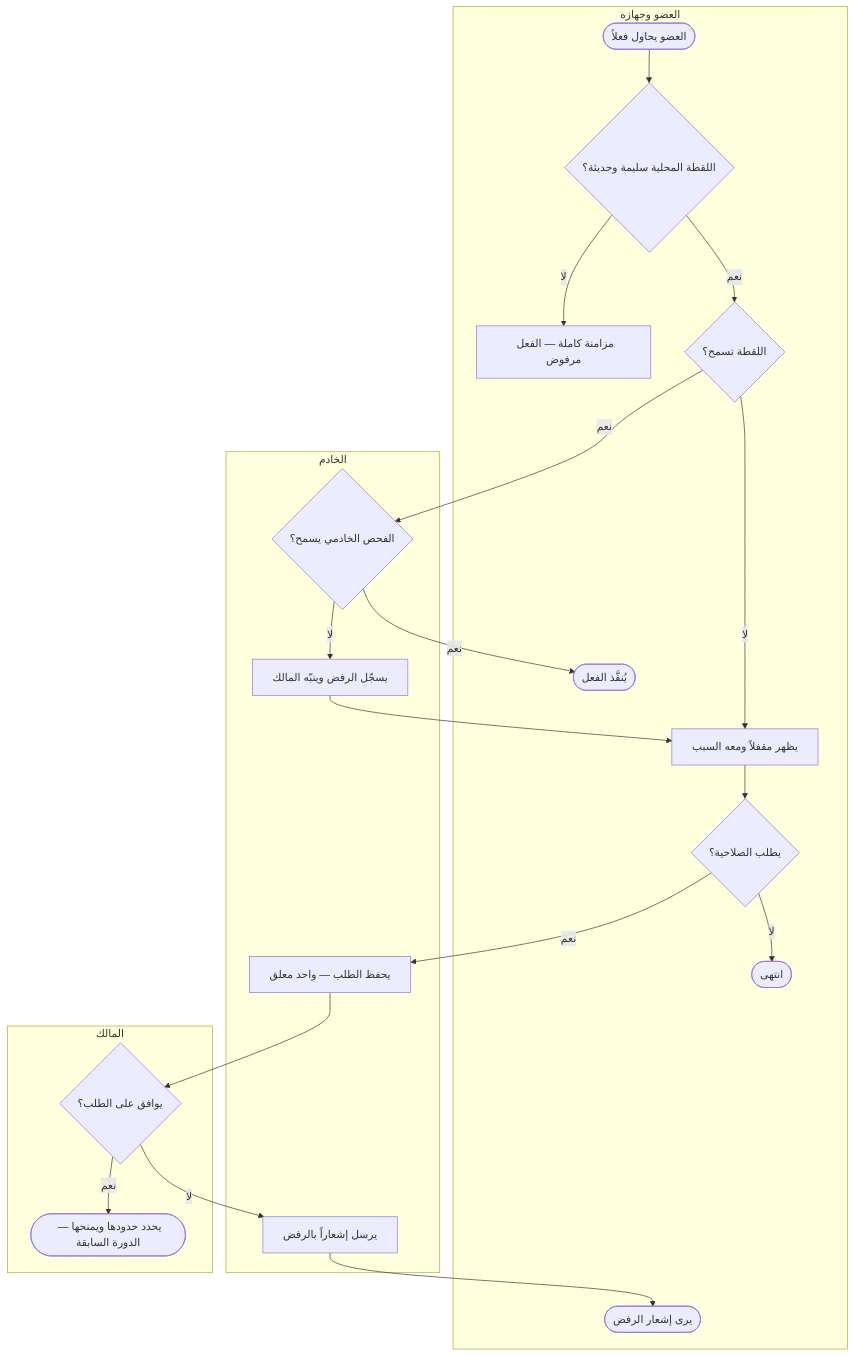
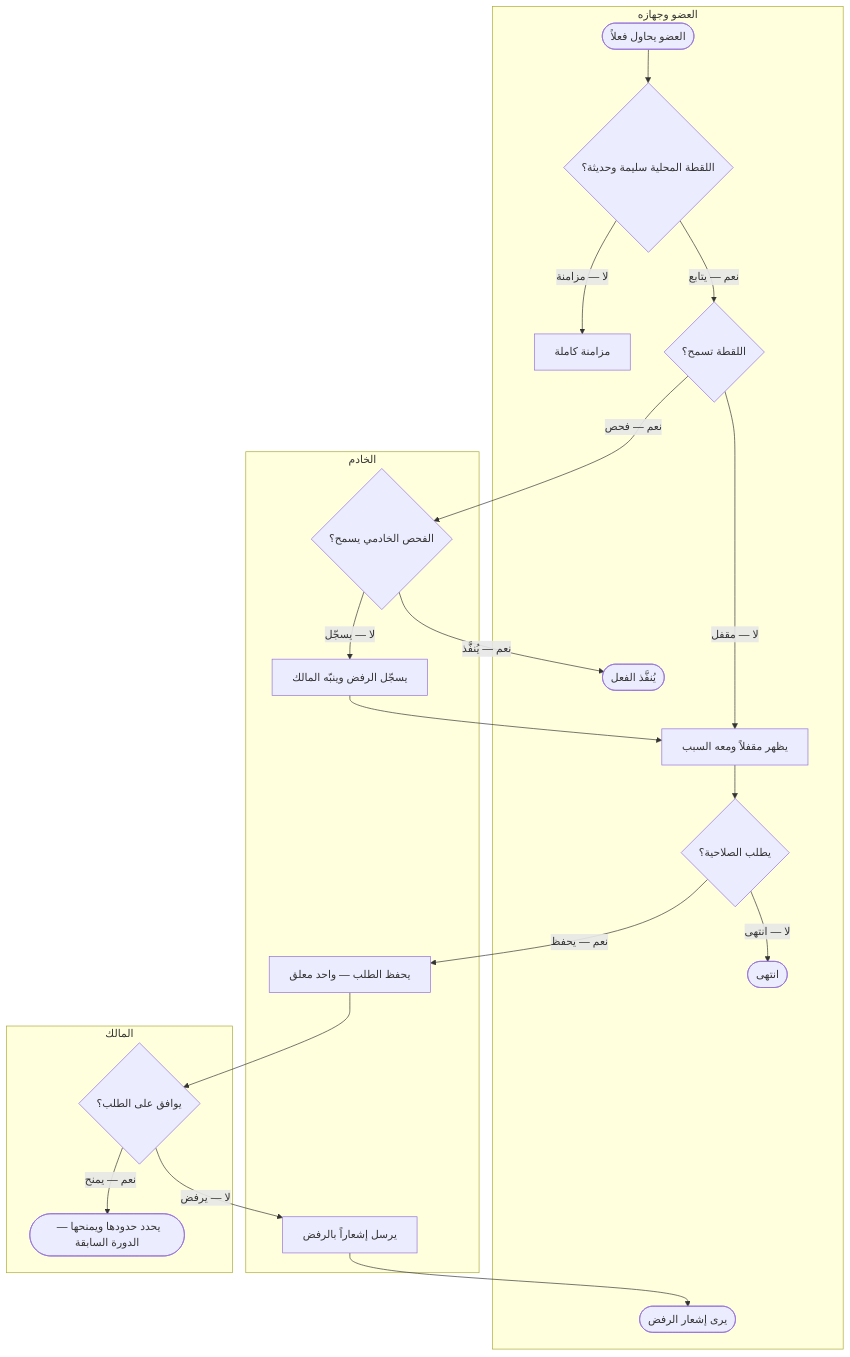
One commit to Bassam-mohammed-alqaeadi/family-os-v2 changed diagram 36 of 40 in docs/family-os/governance/phases/phase-1/S1-03-family-roles-and-permissions/DIAGRAMS.md. Above: the diagram before and after it, drawn with Mermaid. The commit also changed other lines of this file, not shown here.

Commit message:
إصلاح S1-03 (فحص GitHub بعد الشكل 2) — §4-د/4-هـ/4-و و§6: توسيع تسميات «نعم/لا» + فروع «لا» في 6-هـ وتقسيمها إلى لوحتين

````diff
--- a/docs/family-os/governance/phases/phase-1/S1-03-family-roles-and-permissions/DIAGRAMS.md
+++ b/docs/family-os/governance/phases/phase-1/S1-03-family-roles-and-permissions/DIAGRAMS.md
@@ -1301,39 +1309,39 @@
 ```mermaid
 flowchart TD
     subgraph LM [العضو وجهازه]
         M1([العضو يحاول فعلاً])
         M2{اللقطة المحلية سليمة وحديثة؟}
-        M3[مزامنة كاملة — الفعل مرفوض]
+        M3[مزامنة كاملة]
         M4{اللقطة تسمح؟}
         M5([يُنفَّذ الفعل])
         M6[يظهر مقفلاً ومعه السبب]
         M7{يطلب الصلاحية؟}
         M8([انتهى])
         M9([يرى إشعار الرفض])
     end
     subgraph LS [الخادم]
         S1{الفحص الخادمي يسمح؟}
         S2[يسجّل الرفض وينبّه المالك]
         S3[يحفظ الطلب — واحد معلق]
         S4[يرسل إشعاراً بالرفض]
     end
     subgraph LO [المالك]
         O1{يوافق على الطلب؟}
         O2([يحدد حدودها ويمنحها — الدورة السابقة])
     end
     M1 --> M2
-    M2 -->|لا| M3
-    M2 -->|نعم| M4
-    M4 -->|لا| M6
-    M4 -->|نعم| S1
-    S1 -->|نعم| M5
-    S1 -->|لا| S2
+    M2 -->|لا — مزامنة| M3
+    M2 -->|نعم — يتابع| M4
+    M4 -->|لا — مقفل| M6
+    M4 -->|نعم — فحص| S1
+    S1 -->|نعم — يُنفَّذ| M5
+    S1 -->|لا — يسجّل| S2
     S2 --> M6
     M6 --> M7
-    M7 -->|لا| M8
-    M7 -->|نعم| S3
+    M7 -->|لا — انتهى| M8
+    M7 -->|نعم — يحفظ| S3
     S3 --> O1
-    O1 -->|نعم| O2
-    O1 -->|لا| S4
+    O1 -->|نعم — يمنح| O2
+    O1 -->|لا — يرفض| S4
     S4 --> M9
 ```
````
